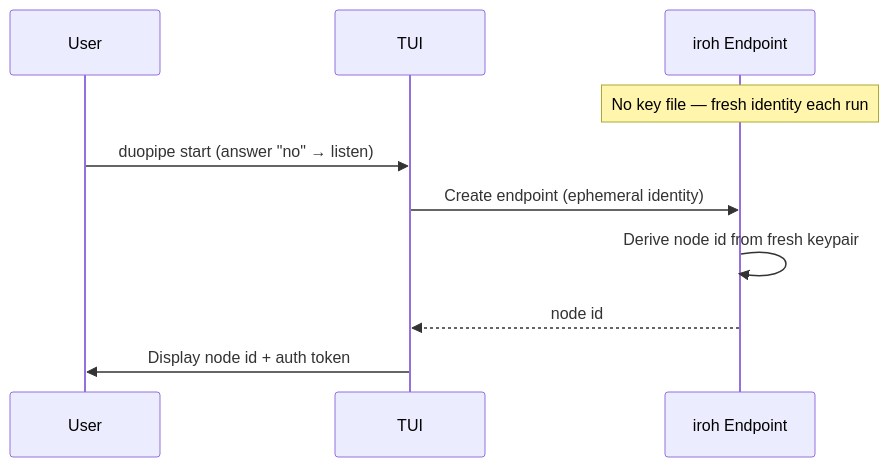
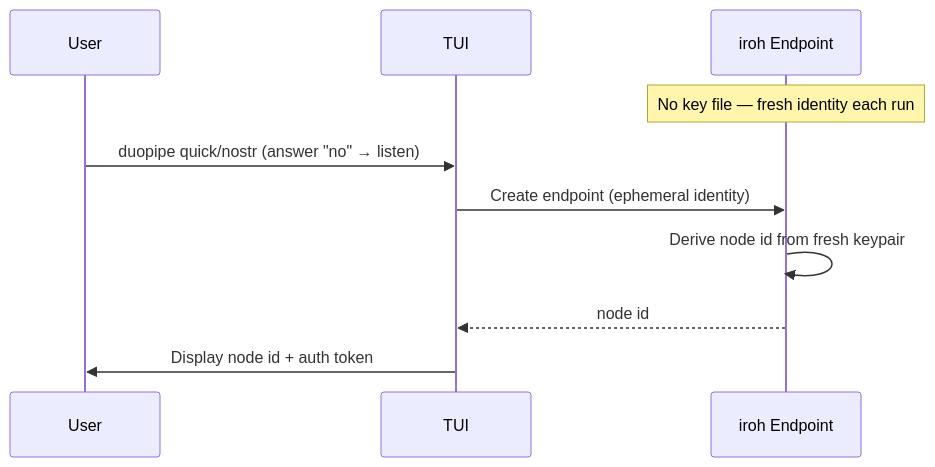
Before and after one commit to andrewtheguy/duopipe: diagram 19 of 24 in docs/ARCHITECTURE.md, drawn with Mermaid. The commit also changed other lines of this file and 4 other files, not shown here.

Commit message:
feat: update documentation and code for new interactive modes (quick and nostr)

````diff
--- a/docs/ARCHITECTURE.md
+++ b/docs/ARCHITECTURE.md
@@ -688,13 +687,13 @@
 ```mermaid
 sequenceDiagram
     participant User as User
     participant TUI as TUI
     participant EP as iroh Endpoint
 
     Note over EP: No key file — fresh identity each run
-    User->>TUI: duopipe start  (answer "no" → listen)
+    User->>TUI: duopipe quick/nostr  (answer "no" → listen)
     TUI->>EP: Create endpoint (ephemeral identity)
     EP->>EP: Derive node id from fresh keypair
     EP-->>TUI: node id
     TUI->>User: Display node id + auth token
 ```
````
